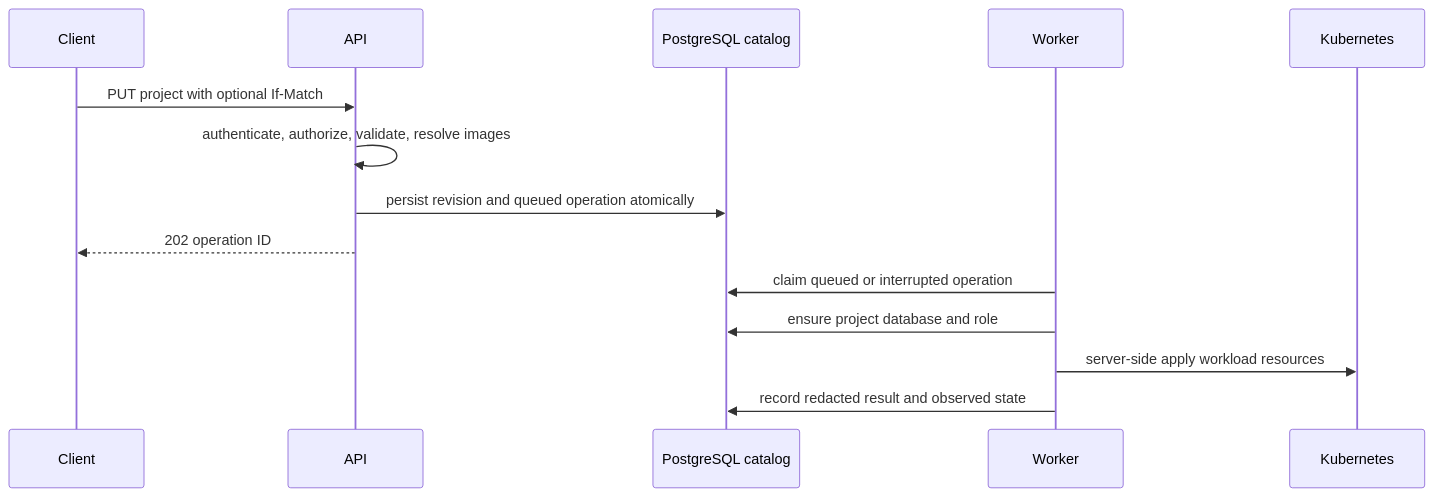
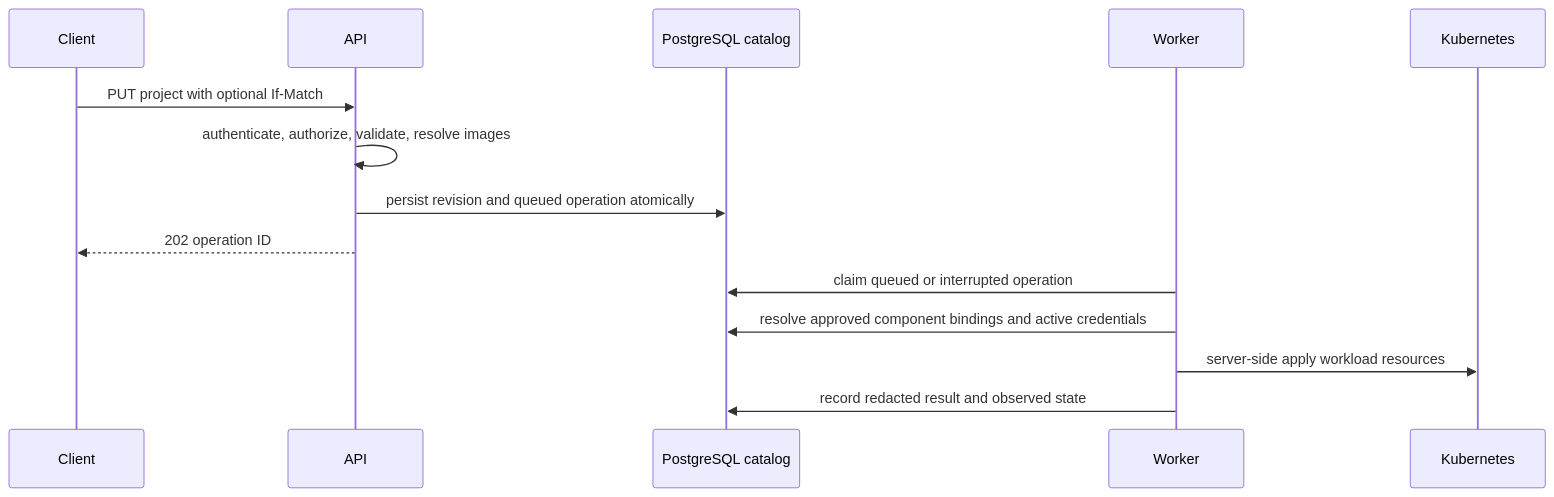
One commit to eseidinger/developer-platform changed the second of 3 diagrams in docs/architecture/platform-application.md. Above: the diagram before and after it, drawn with Mermaid. The commit also changed other lines of this file and 65 other files, not shown here.

````diff
--- a/docs/architecture/platform-application.md
+++ b/docs/architecture/platform-application.md
@@ -43,16 +44,16 @@
 ```mermaid
 sequenceDiagram
   participant C as Client
   participant A as API
   participant P as PostgreSQL catalog
   participant W as Worker
   participant K as Kubernetes
   C->>A: PUT project with optional If-Match
   A->>A: authenticate, authorize, validate, resolve images
   A->>P: persist revision and queued operation atomically
   A-->>C: 202 operation ID
   W->>P: claim queued or interrupted operation
-  W->>P: ensure project database and role
+  W->>P: resolve approved component bindings and active credentials
   W->>K: server-side apply workload resources
   W->>P: record redacted result and observed state
 ```
````
